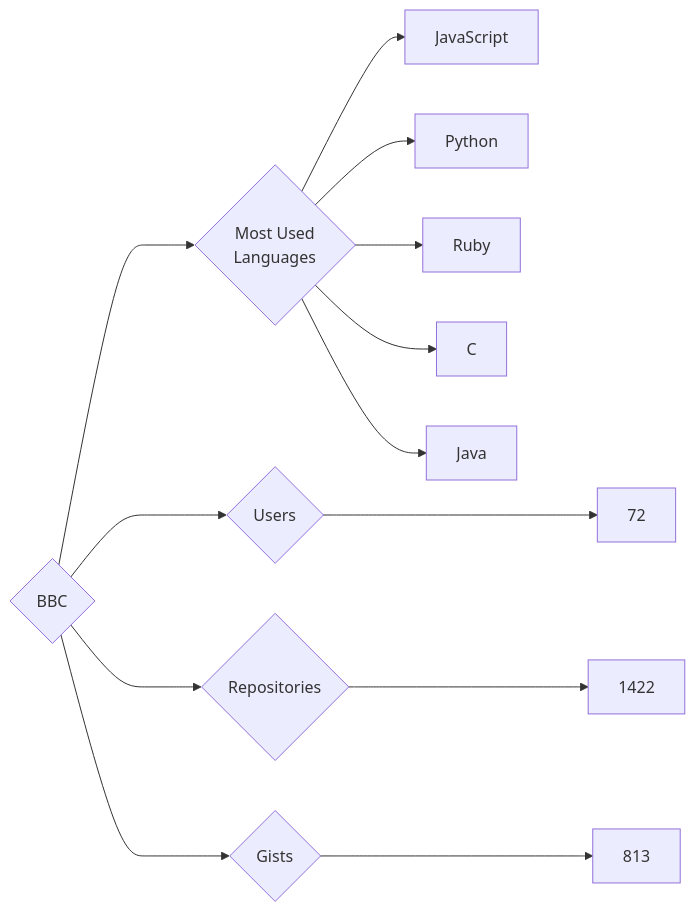
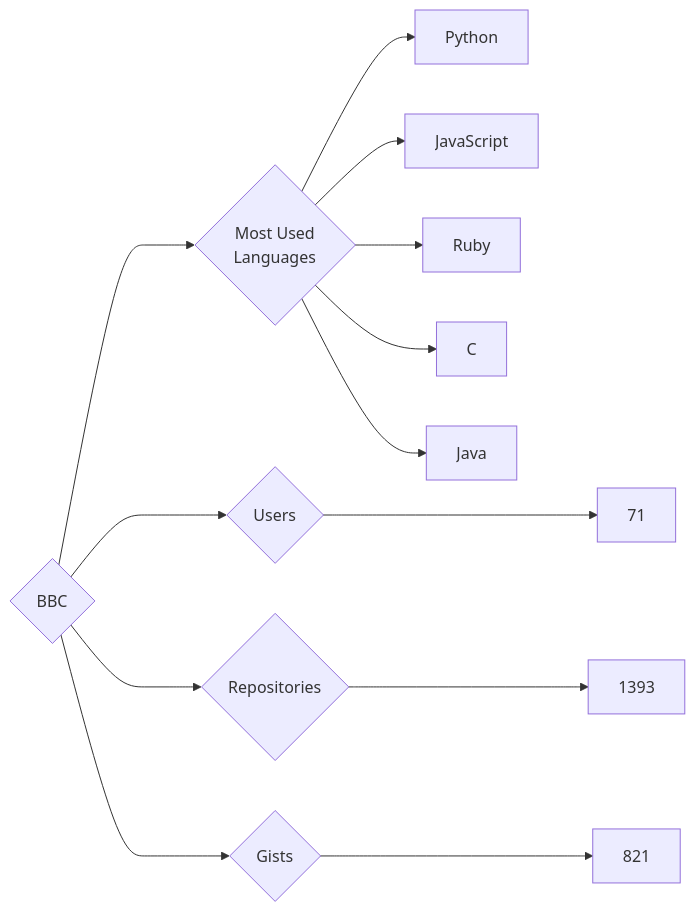
The diagram in targets/BBC/README.md (trickest/insiders), drawn with Mermaid before and after one commit. The commit also changed 657 other files, not shown here.

````diff
--- a/targets/BBC/README.md
+++ b/targets/BBC/README.md
@@ -3,13 +3,13 @@
 ```mermaid
 graph LR
 COMPANY_NAME{BBC}
-COMPANY_NAME ---> U{Users} ---> UN[72]
-COMPANY_NAME ---> R{Repositories} ---> RN[1422]
-COMPANY_NAME ---> G{Gists} ---> GN[813]
+COMPANY_NAME ---> U{Users} ---> UN[71]
+COMPANY_NAME ---> R{Repositories} ---> RN[1393]
+COMPANY_NAME ---> G{Gists} ---> GN[821]
 COMPANY_NAME ---> ML{Most Used<br>Languages}
+ML --> Python[Python]
 ML --> JavaScript[JavaScript]
-ML --> Python[Python]
 ML --> Ruby[Ruby]
 ML --> C[C]
 ML --> Java[Java]
 ```
````
